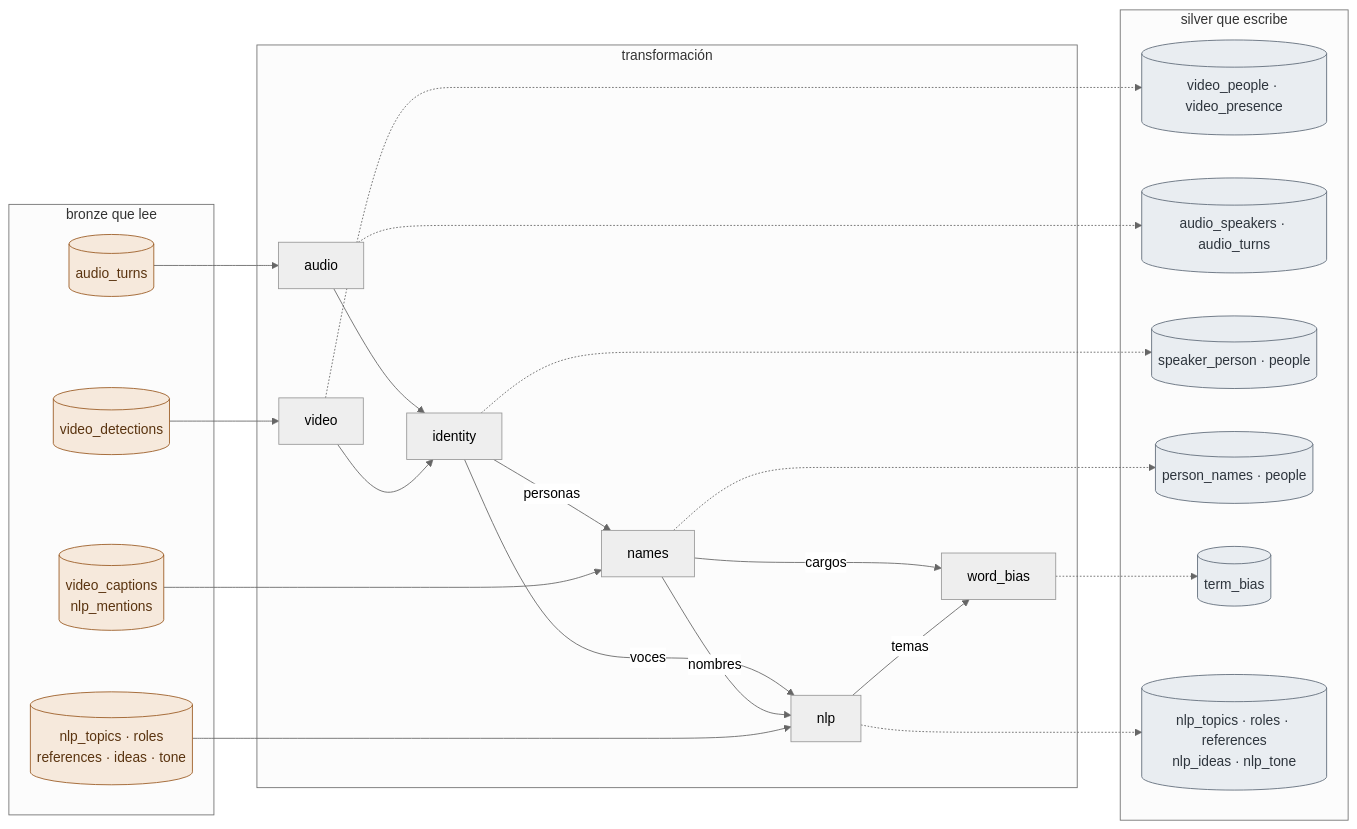
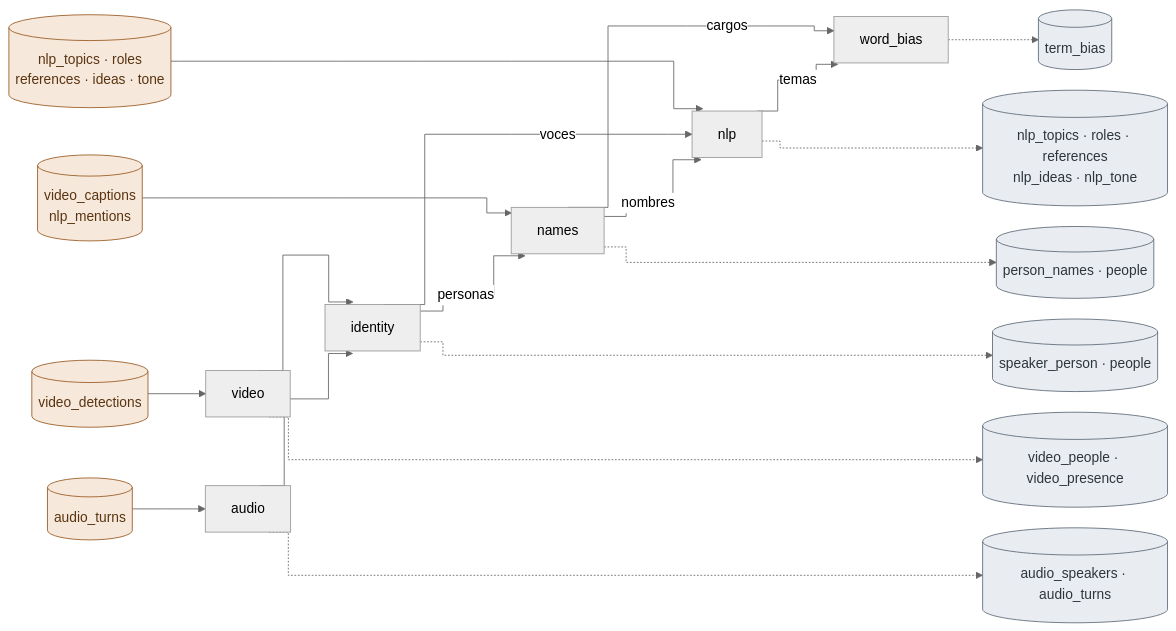
One commit to ComunidadIA-OS/attention-is-all-she-needs changed the second of 3 diagrams in ARCHITECTURE.md. Above: the diagram before and after it, drawn with Mermaid (neutral theme). The commit also changed other lines of this file, not shown here.

Commit message:
docs: update architecture

````diff
--- a/ARCHITECTURE.md
+++ b/ARCHITECTURE.md
@@ -123,47 +124,30 @@
 ```mermaid
+%%{init: {"flowchart": {"curve": "step", "nodeSpacing": 24, "rankSpacing": 40}}}%%
 flowchart LR
-    subgraph B["bronze que lee"]
-        VD[(video_detections)]
-        AT[(audio_turns)]
-        CM[("video_captions<br/>nlp_mentions")]
-        NL[("nlp_topics · roles<br/>references · ideas · tone")]
-    end
-    subgraph T["transformación"]
-        video
-        audio
-        identity
-        names
-        nlp
-        word_bias
-    end
-    subgraph S["silver que escribe"]
-        S1[("video_people · video_presence")]
-        S2[("audio_speakers · audio_turns")]
-        S3[("speaker_person · people")]
-        S4[("person_names · people")]
-        S5[(term_bias)]
-        S6[("nlp_topics · roles · references<br/>nlp_ideas · nlp_tone")]
-    end
-    VD --> video
-    AT --> audio
-    CM --> names
-    NL --> nlp
+    %% left: bronze it reads · middle: transformations, in the order they run · right: silver they write
+    %% the longer arrows (more dashes) keep bronze in the first column and silver in the last one
+    VD[(video_detections)] --> video
+    AT[(audio_turns)] --> audio
+    CM[("video_captions<br/>nlp_mentions")] ----> names
+    NL[("nlp_topics · roles<br/>references · ideas · tone")] -----> nlp
+
     video --> identity
     audio --> identity
     identity -- personas --> names
+    identity -- voces --> nlp
     names -- nombres --> nlp
-    identity -- voces --> nlp
+    names -- cargos --> word_bias
     nlp -- temas --> word_bias
-    names -- cargos --> word_bias
-    video -.-> S1
-    audio -.-> S2
-    identity -.-> S3
-    names -.-> S4
-    word_bias -.-> S5
-    nlp -.-> S6
+
+    video -.....-> S1[("video_people · video_presence")]
+    audio -.....-> S2[("audio_speakers · audio_turns")]
+    identity -....-> S3[("speaker_person · people")]
+    names -...-> S4[("person_names · people")]
+    nlp -..-> S6[("nlp_topics · roles · references<br/>nlp_ideas · nlp_tone")]
+    word_bias -.-> S5[(term_bias)]
+
     classDef bronze fill:#f6e9dc,stroke:#9a5a22,color:#5a3410
     classDef silver fill:#e9edf1,stroke:#5f6b78,color:#2e353d
-    classDef gold fill:#f7efd2,stroke:#8a6b0c,color:#4d3c06
     class VD,AT,CM,NL bronze
     class S1,S2,S3,S4,S5,S6 silver
 ```
````
